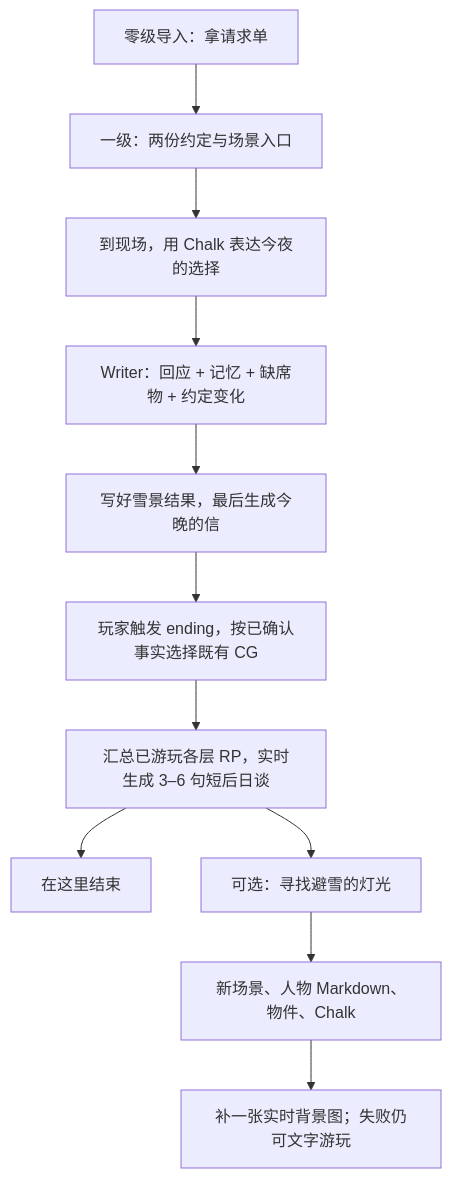
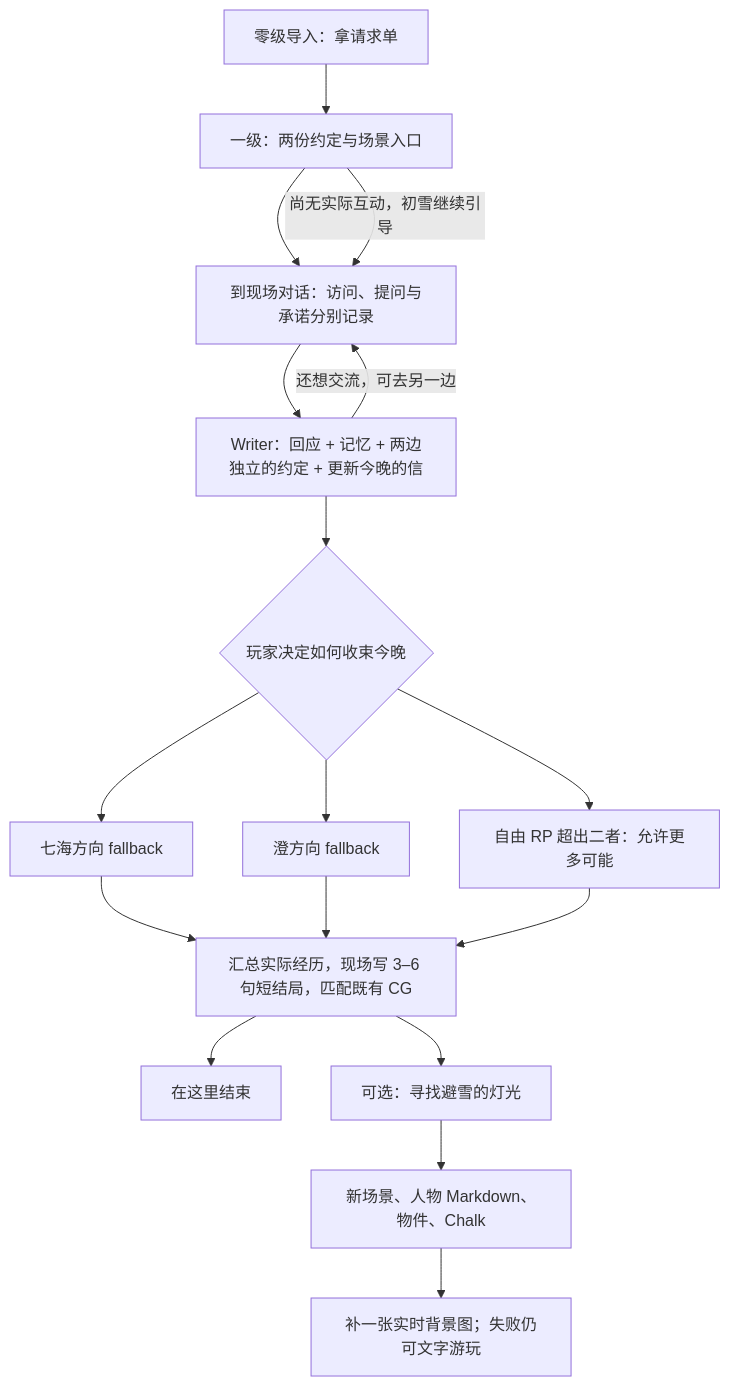
The diagram in docs/初雪短闭环与AI生长验收.md (LudicDynamics/hackathon), drawn with Mermaid before and after one commit. The commit also changed other lines of this file and 6 other files, not shown here.

````diff
--- a/docs/初雪短闭环与AI生长验收.md
+++ b/docs/初雪短闭环与AI生长验收.md
@@ -20,13 +20,19 @@
 ```mermaid
 flowchart TD
     A[零级导入：拿请求单] --> B[一级：两份约定与场景入口]
-    B --> C[到现场，用 Chalk 表达今夜的选择]
-    C --> D[Writer：回应 + 记忆 + 缺席物 + 约定变化]
-    D --> E[写好雪景结果，最后生成今晚的信]
-    E --> F[玩家触发 ending，按已确认事实选择既有 CG]
-    F --> P[汇总已游玩各层 RP，实时生成 3–6 句短后日谈]
+    B --> C[到现场对话：访问、提问与承诺分别记录]
+    C --> D[Writer：回应 + 记忆 + 两边独立的约定 + 更新今晚的信]
+    D -->|还想交流，可去另一边| C
+    B -->|尚无实际互动，初雪继续引导| C
+    D --> F{玩家决定如何收束今晚}
+    F --> N[七海方向 fallback]
+    F --> S[澄方向 fallback]
+    F --> R[自由 RP 超出二者：允许更多可能]
+    N --> P[汇总实际经历，现场写 3–6 句短结局，匹配既有 CG]
+    S --> P
+    R --> P
     P --> G[在这里结束]
     P --> H[可选：寻找避雪的灯光]
     H --> I[新场景、人物 Markdown、物件、Chalk]
     I --> J[补一张实时背景图；失败仍可文字游玩]
 ```
````
